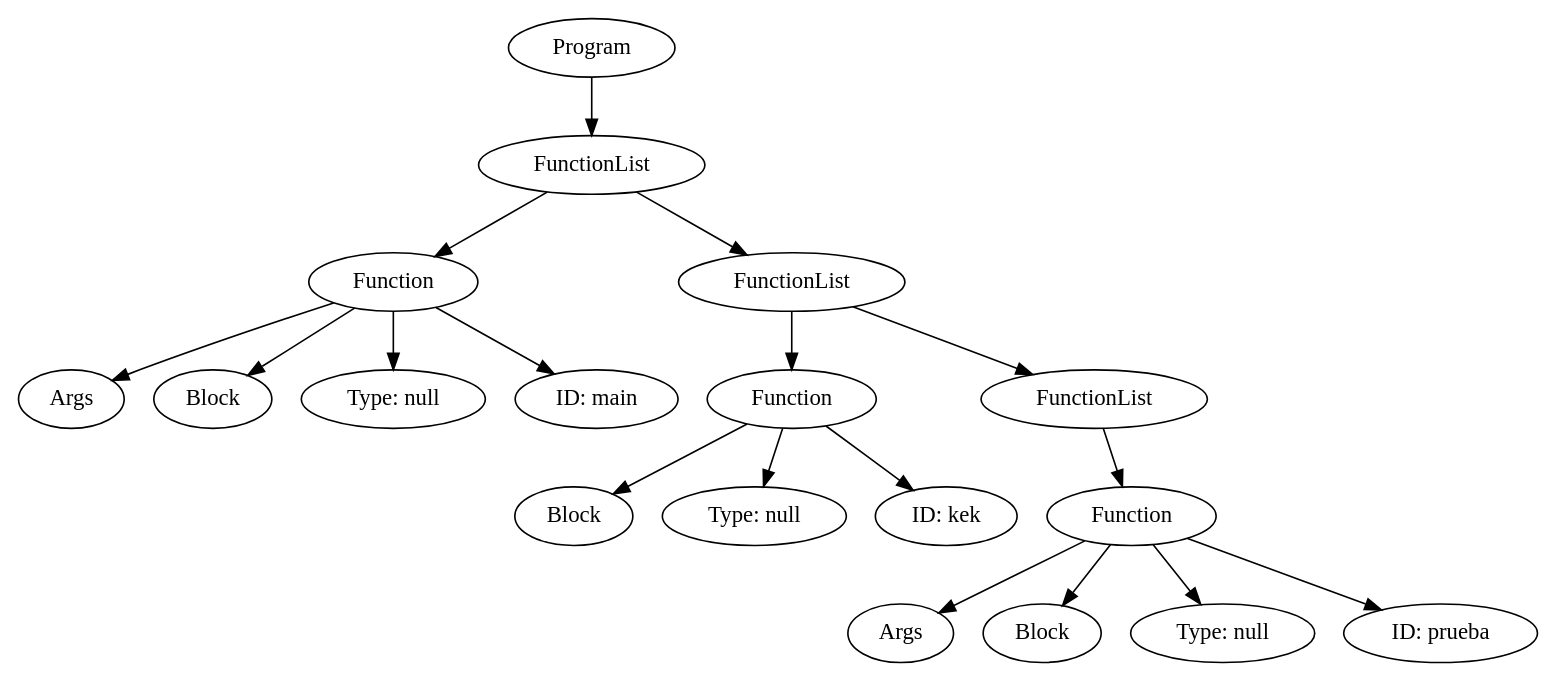
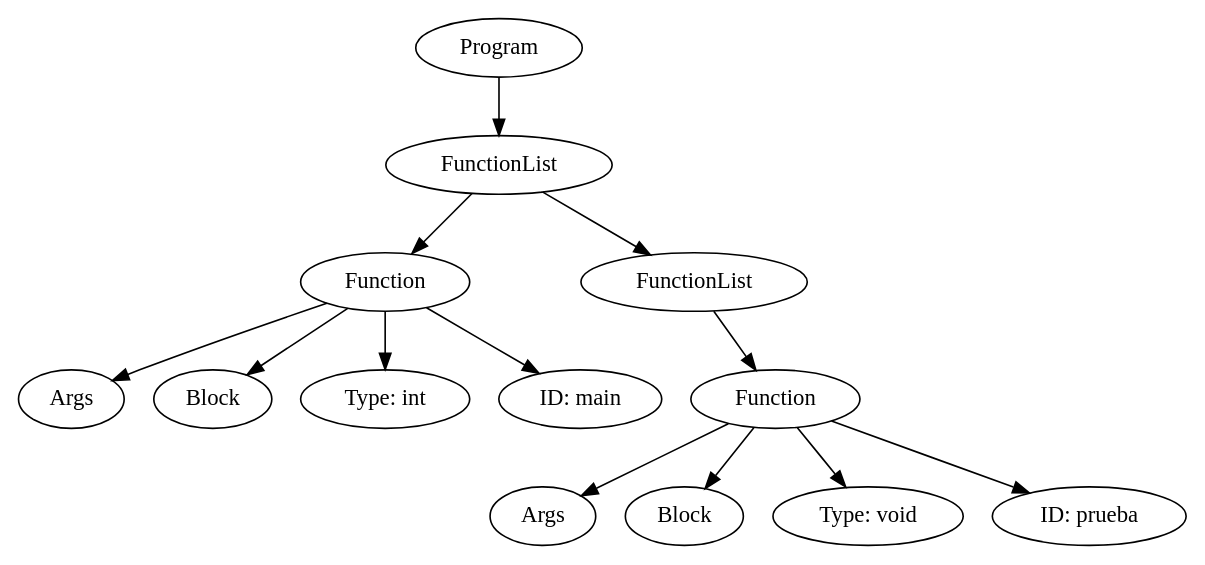
The diagram in dot/prueba.dot (s-rom/CycloneCompiler), drawn with Graphviz before and after one commit. The commit also changed 11 other files, not shown here.

```diff
--- a/dot/prueba.dot
+++ b/dot/prueba.dot
@@ -1,37 +1,27 @@
 digraph ccTree {
 	n0 [label = "Args"]
 	n1 [label = "Block"]
 	n2 [label = "Function"]
-	n3 [label = "Type: null"]
+	n3 [label = "Type: int"]
 	n4 [label = "ID: main"]
 	n2-> n3
 	n2-> n4
 	n2-> n0
 	n2-> n1
-	n5 [label = "Block"]
-	n6 [label = "Function"]
-	n7 [label = "Type: null"]
-	n8 [label = "ID: kek"]
-	n6-> n7
-	n6-> n8
-	n6-> n5
-	n9 [label = "Args"]
-	n10 [label = "Block"]
-	n11 [label = "Function"]
-	n12 [label = "Type: null"]
-	n13 [label = "ID: prueba"]
-	n11-> n12
-	n11-> n13
-	n11-> n9
+	n5 [label = "Args"]
+	n6 [label = "Block"]
+	n7 [label = "Function"]
+	n8 [label = "Type: void"]
+	n9 [label = "ID: prueba"]
+	n7-> n8
+	n7-> n9
+	n7-> n5
+	n7-> n6
+	n10 [label = "FunctionList"]
+	n10-> n7
+	n11 [label = "FunctionList"]
 	n11-> n10
-	n14 [label = "FunctionList"]
-	n14-> n11
-	n15 [label = "FunctionList"]
-	n15-> n14
-	n15-> n6
-	n16 [label = "FunctionList"]
-	n16-> n15
-	n16-> n2
-	n17 [label = "Program"]
-	n17-> n16
+	n11-> n2
+	n12 [label = "Program"]
+	n12-> n11
 }
```
